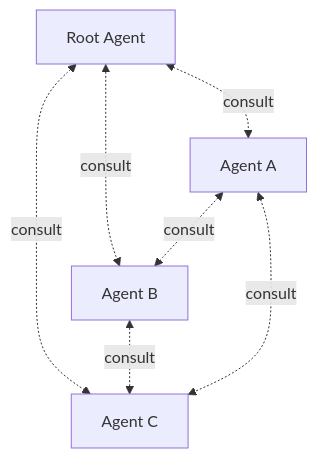
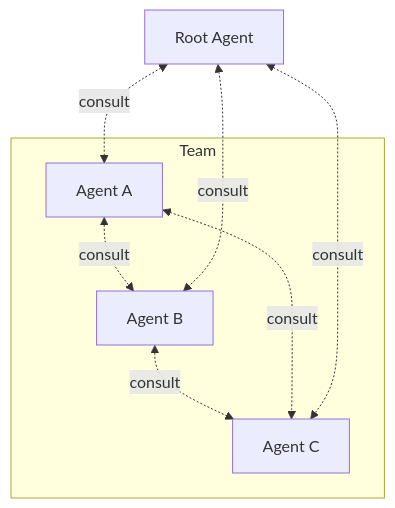
The diagram in docs/index.md (Kord96/kordinate), drawn with Mermaid before and after one commit. The commit also changed other lines of this file, not shown here.

Commit message:
Home diagram: group agents in Team subgraph, center [scribe]

````diff
--- a/docs/index.md
+++ b/docs/index.md
@@ -3,9 +5,14 @@
 ```mermaid
 flowchart TB
-    ROOT[Root Agent] <-.->|consult| A1[Agent A]
-    ROOT <-.->|consult| A2[Agent B]
-    ROOT <-.->|consult| A3[Agent C]
-    A1 <-.->|consult| A2
-    A2 <-.->|consult| A3
-    A1 <-.->|consult| A3
+    ROOT[Root Agent]
+
+    subgraph team[Team]
+        A1[Agent A] <-.->|consult| A2[Agent B]
+        A2 <-.->|consult| A3[Agent C]
+        A1 <-.->|consult| A3
+    end
+
+    ROOT <-.->|consult| A1
+    ROOT <-.->|consult| A2
+    ROOT <-.->|consult| A3
 ```
````
